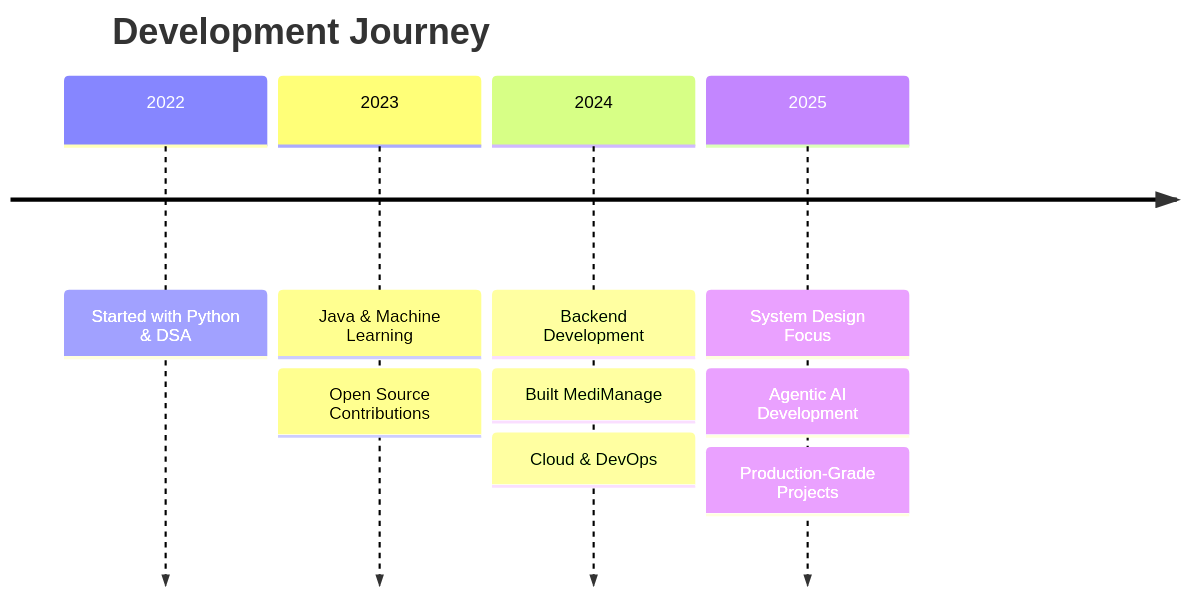
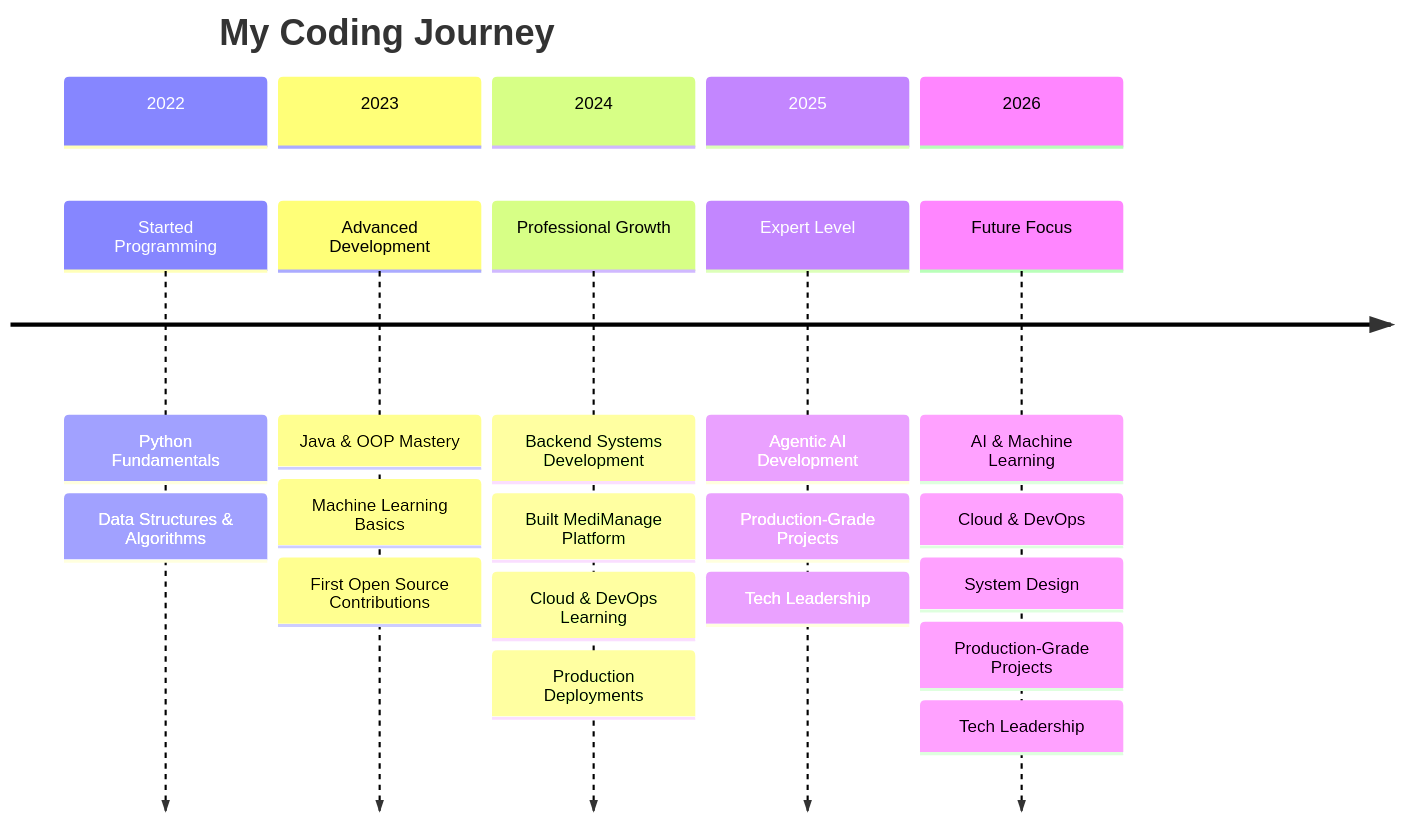
The diagram in README.md (vikash236/vikash236), drawn with Mermaid before and after one commit. The commit also changed other lines of this file, not shown here.

````diff
--- a/README.md
+++ b/README.md
@@ -388,13 +434,26 @@
 ```mermaid
 timeline
-    title Development Journey
-    2022 : Started with Python & DSA
-    2023 : Java & Machine Learning
-         : Open Source Contributions
-    2024 : Backend Development
-         : Built MediManage
-         : Cloud & DevOps
-    2025 : System Design Focus
-         : Agentic AI Development
-         : Production-Grade Projects
+    title My Coding Journey
+    section 2022
+        Started Programming : Python Fundamentals
+                            : Data Structures & Algorithms
+    section 2023
+        Advanced Development : Java & OOP Mastery
+                             : Machine Learning Basics
+                             : First Open Source Contributions
+    section 2024
+        Professional Growth : Backend Systems Development
+                           : Built MediManage Platform
+                           : Cloud & DevOps Learning
+                           : Production Deployments
+    section 2025
+        Expert Level : Agentic AI Development
+                     : Production-Grade Projects
+                     : Tech Leadership
+    section 2026
+        Future Focus : AI & Machine Learning
+                     : Cloud & DevOps
+                     : System Design
+                     : Production-Grade Projects
+                     : Tech Leadership
 ```
````
